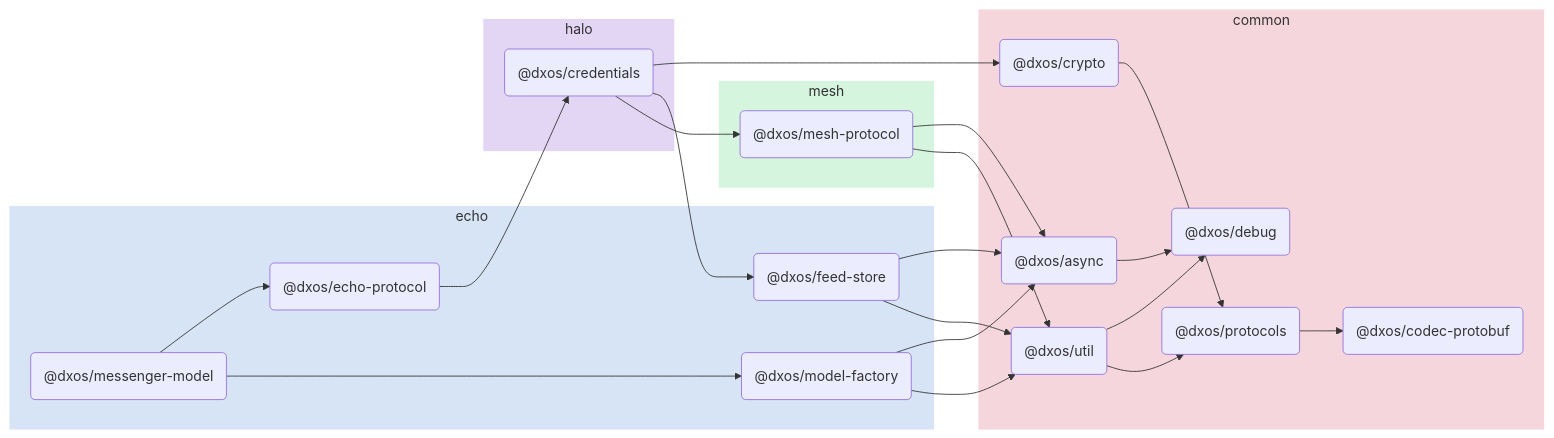
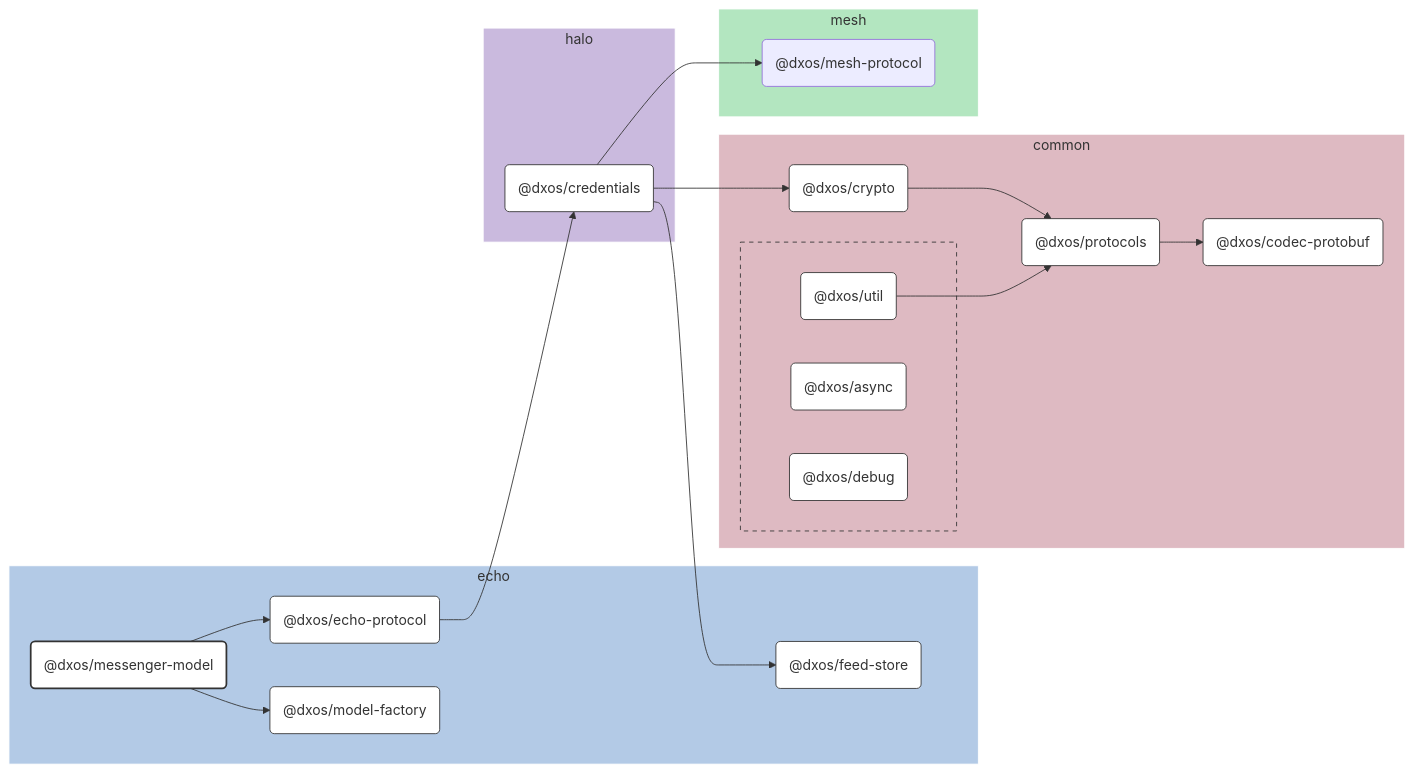
Before and after one commit to dxos/dxos: the diagram in packages/echo/messenger-model/docs/README.md, drawn with Mermaid. The commit also changed other lines of this file and 109 other files, not shown here.

````diff
--- a/packages/echo/messenger-model/docs/README.md
+++ b/packages/echo/messenger-model/docs/README.md
@@ -5,49 +7,85 @@
 ```mermaid
-flowchart LR;
+%%{ init: {'flowchart':{'curve':'basis'}} }%%
 
+flowchart LR
+
+%% Links
+dxos/credentials --> dxos/crypto;
+dxos/credentials --> dxos/feed-store;
+dxos/credentials --> dxos/mesh-protocol;
+dxos/crypto --> dxos/protocols;
+dxos/echo-protocol --> dxos/credentials;
+dxos/messenger-model --> dxos/echo-protocol;
+dxos/messenger-model --> dxos/model-factory;
+dxos/protocols --> dxos/codec-protobuf;
+dxos/util --> dxos/protocols;
+
+%% Sections
 subgraph echo
-  style echo fill:#d6e4f5,stroke:#fff;
-  dxos/messenger-model("@dxos/messenger-model");
-  dxos/echo-protocol("@dxos/echo-protocol");
-  dxos/feed-store("@dxos/feed-store");
-  dxos/model-factory("@dxos/model-factory");
+  style echo fill:#b3cae6,stroke:#fff;
+
+  dxos/echo-protocol("@dxos/echo-protocol")
+  dxos/feed-store("@dxos/feed-store")
+  dxos/messenger-model("@dxos/messenger-model")
+  dxos/model-factory("@dxos/model-factory")
 end
 
 subgraph common
-  style common fill:#f5d6dd,stroke:#fff;
-  dxos/codec-protobuf("@dxos/codec-protobuf");
-  dxos/async("@dxos/async");
-  dxos/debug("@dxos/debug");
-  dxos/crypto("@dxos/crypto");
-  dxos/protocols("@dxos/protocols");
-  dxos/util("@dxos/util");
+  style common fill:#debac2,stroke:#fff;
+
+  dxos/codec-protobuf("@dxos/codec-protobuf")
+  dxos/crypto("@dxos/crypto")
+  dxos/protocols("@dxos/protocols")
+
+  subgraph common-excluded [ ]
+    style common-excluded fill:#debac2,stroke:#333,stroke-dasharray:5 5;
+
+    dxos/async("@dxos/async")
+    dxos/debug("@dxos/debug")
+    dxos/util("@dxos/util")
+  end
 end
 
 subgraph halo
-  style halo fill:#e3d6f5,stroke:#fff;
-  dxos/credentials("@dxos/credentials");
+  style halo fill:#cabade,stroke:#fff;
+
+  dxos/credentials("@dxos/credentials")
 end
 
 subgraph mesh
-  style mesh fill:#d6f5de,stroke:#fff;
-  dxos/mesh-protocol("@dxos/mesh-protocol");
+  style mesh fill:#b3e6c0,stroke:#fff;
+
+  dxos/mesh-protocol("@dxos/mesh-protocol")
 end
 
-dxos/messenger-model --> dxos/echo-protocol;
-dxos/async --> dxos/debug;
-dxos/echo-protocol --> dxos/credentials;
-dxos/credentials --> dxos/crypto;
-dxos/crypto --> dxos/protocols;
-dxos/protocols --> dxos/codec-protobuf;
-dxos/credentials --> dxos/feed-store;
-dxos/feed-store --> dxos/async;
-dxos/feed-store --> dxos/util;
-dxos/util --> dxos/debug;
-dxos/util --> dxos/protocols;
-dxos/credentials --> dxos/mesh-protocol;
-dxos/mesh-protocol --> dxos/async;
-dxos/mesh-protocol --> dxos/util;
-dxos/messenger-model --> dxos/model-factory;
-dxos/model-factory --> dxos/async;
-dxos/model-factory --> dxos/util;
+
+%% Hyperlinks
+click dxos/async href "https:/github.com/dxos/dxos/tree/main/packages/common/async/docs";
+click dxos/codec-protobuf href "https:/github.com/dxos/dxos/tree/main/packages/common/codec-protobuf/docs";
+click dxos/credentials href "https:/github.com/dxos/dxos/tree/main/packages/halo/credentials/docs";
+click dxos/crypto href "https:/github.com/dxos/dxos/tree/main/packages/common/crypto/docs";
+click dxos/debug href "https:/github.com/dxos/dxos/tree/main/packages/common/debug/docs";
+click dxos/echo-protocol href "https:/github.com/dxos/dxos/tree/main/packages/echo/echo-protocol/docs";
+click dxos/feed-store href "https:/github.com/dxos/dxos/tree/main/packages/echo/feed-store/docs";
+click dxos/model-factory href "https:/github.com/dxos/dxos/tree/main/packages/echo/model-factory/docs";
+click dxos/protocols href "https:/github.com/dxos/dxos/tree/main/packages/common/protocols/docs";
+click dxos/util href "https:/github.com/dxos/dxos/tree/main/packages/common/util/docs";
+
+%% Styles
+classDef rootNode fill:#fff,stroke:#333,stroke-width:2px
+classDef defaultNode fill:#fff,stroke:#333,stroke-width:1px
+linkStyle default stroke:#333,stroke-width:1px
+
+dxos/messenger-model:::rootNode
+
+dxos/async:::defaultNode
+dxos/codec-protobuf:::defaultNode
+dxos/credentials:::defaultNode
+dxos/crypto:::defaultNode
+dxos/debug:::defaultNode
+dxos/echo-protocol:::defaultNode
+dxos/feed-store:::defaultNode
+dxos/model-factory:::defaultNode
+dxos/protocols:::defaultNode
+dxos/util:::defaultNode
 ```
````
